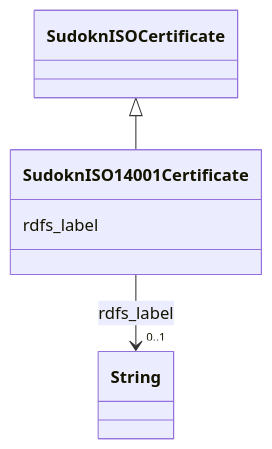
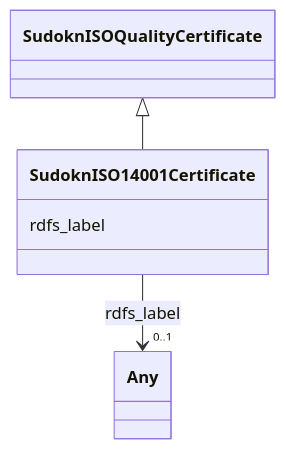
Before and after one commit to frink-okn/graph-descriptions: the diagram in sudokn-kg/classes/SudoknISO14001Certificate.md, drawn with Mermaid. The commit also changed other lines of this file and 903 other files, not shown here.

````diff
--- a/sudokn-kg/classes/SudoknISO14001Certificate.md
+++ b/sudokn-kg/classes/SudoknISO14001Certificate.md
@@ -23,18 +18,18 @@
 ```mermaid
  classDiagram
     class SudoknISO14001Certificate
     click SudoknISO14001Certificate href "../SudoknISO14001Certificate"
-      SudoknISOCertificate <|-- SudoknISO14001Certificate
-        click SudoknISOCertificate href "../SudoknISOCertificate"
+      SudoknISOQualityCertificate <|-- SudoknISO14001Certificate
+        click SudoknISOQualityCertificate href "../SudoknISOQualityCertificate"
       
       SudoknISO14001Certificate : rdfs_label
         
           
     
     
-    SudoknISO14001Certificate --> "0..1" String : rdfs_label
-    click String href "../String"
+    SudoknISO14001Certificate --> "0..1" Any : rdfs_label
+    click Any href "../Any"
 
         
       
 ```
````
